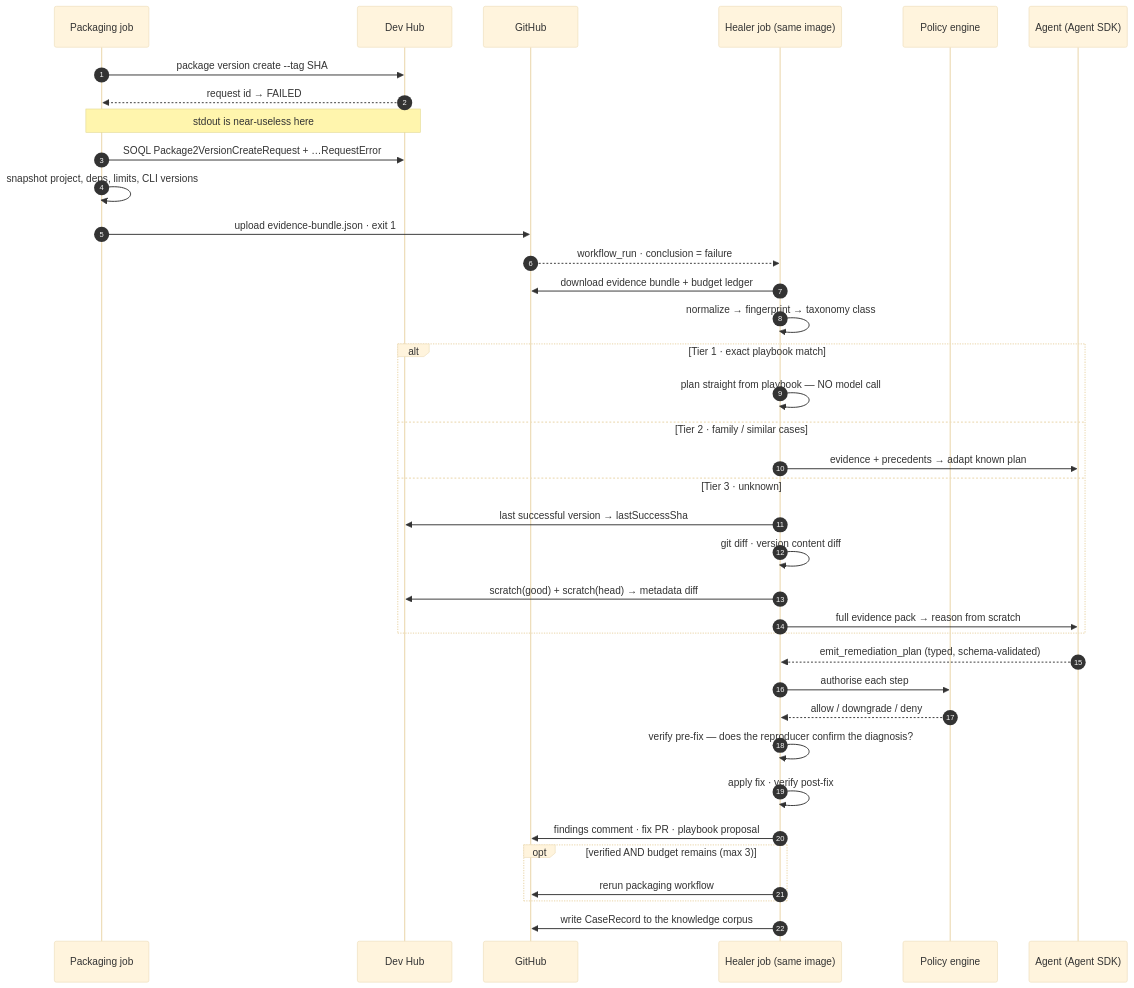
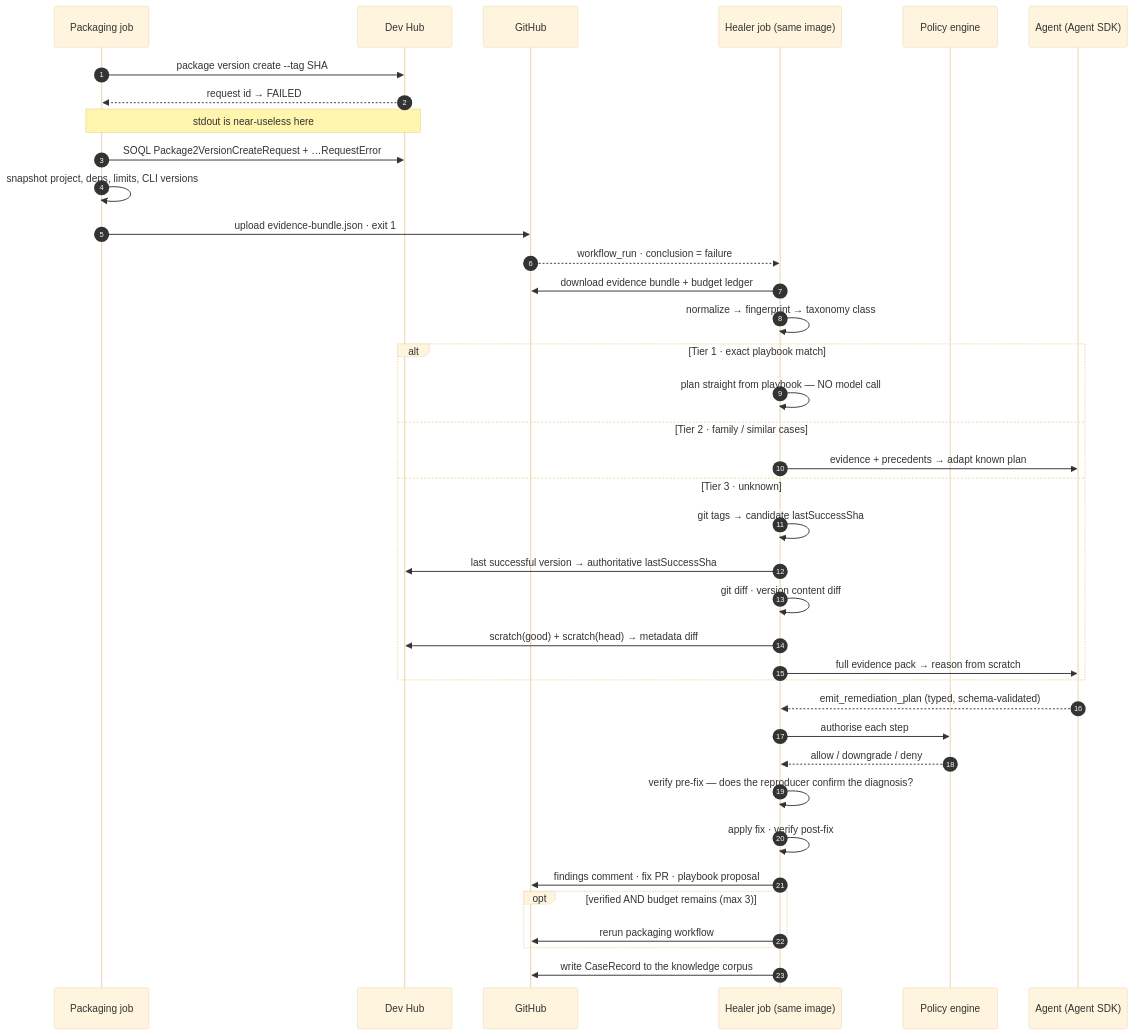
Before and after one commit to Gforce-Innovation-Kft/shared-github-actions: the fifth of 10 diagrams in docs/superpowers/specs/2026-08-05-sf-selfheal-flow-design.md, drawn with Mermaid (base theme). The commit also changed other lines of this file and 1 other file, not shown here.

First line of the commit message:
Docs: bidirectional version correlation, derive workflow inputs

````diff
--- a/docs/superpowers/specs/2026-08-05-sf-selfheal-flow-design.md
+++ b/docs/superpowers/specs/2026-08-05-sf-selfheal-flow-design.md
@@ -109,43 +162,44 @@
 ```mermaid
 sequenceDiagram
   autonumber
   participant CI as Packaging job
   participant DH as Dev Hub
   participant GH as GitHub
   participant HW as Healer job (same image)
   participant PO as Policy engine
   participant AG as Agent (Agent SDK)
 
   CI->>DH: package version create --tag SHA
   DH-->>CI: request id → FAILED
   Note over CI,DH: stdout is near-useless here
   CI->>DH: SOQL Package2VersionCreateRequest + …RequestError
   CI->>CI: snapshot project, deps, limits, CLI versions
   CI->>GH: upload evidence-bundle.json · exit 1
 
   GH-->>HW: workflow_run · conclusion = failure
   HW->>GH: download evidence bundle + budget ledger
   HW->>HW: normalize → fingerprint → taxonomy class
 
   alt Tier 1 · exact playbook match
     HW->>HW: plan straight from playbook — NO model call
   else Tier 2 · family / similar cases
     HW->>AG: evidence + precedents → adapt known plan
   else Tier 3 · unknown
-    HW->>DH: last successful version → lastSuccessSha
+    HW->>HW: git tags → candidate lastSuccessSha
+    HW->>DH: last successful version → authoritative lastSuccessSha
     HW->>HW: git diff · version content diff
     HW->>DH: scratch(good) + scratch(head) → metadata diff
     HW->>AG: full evidence pack → reason from scratch
   end
 
   AG-->>HW: emit_remediation_plan (typed, schema-validated)
   HW->>PO: authorise each step
   PO-->>HW: allow / downgrade / deny
   HW->>HW: verify pre-fix — does the reproducer confirm the diagnosis?
   HW->>HW: apply fix · verify post-fix
   HW->>GH: findings comment · fix PR · playbook proposal
   opt verified AND budget remains (max 3)
     HW->>GH: rerun packaging workflow
   end
   HW->>GH: write CaseRecord to the knowledge corpus
 ```
````
